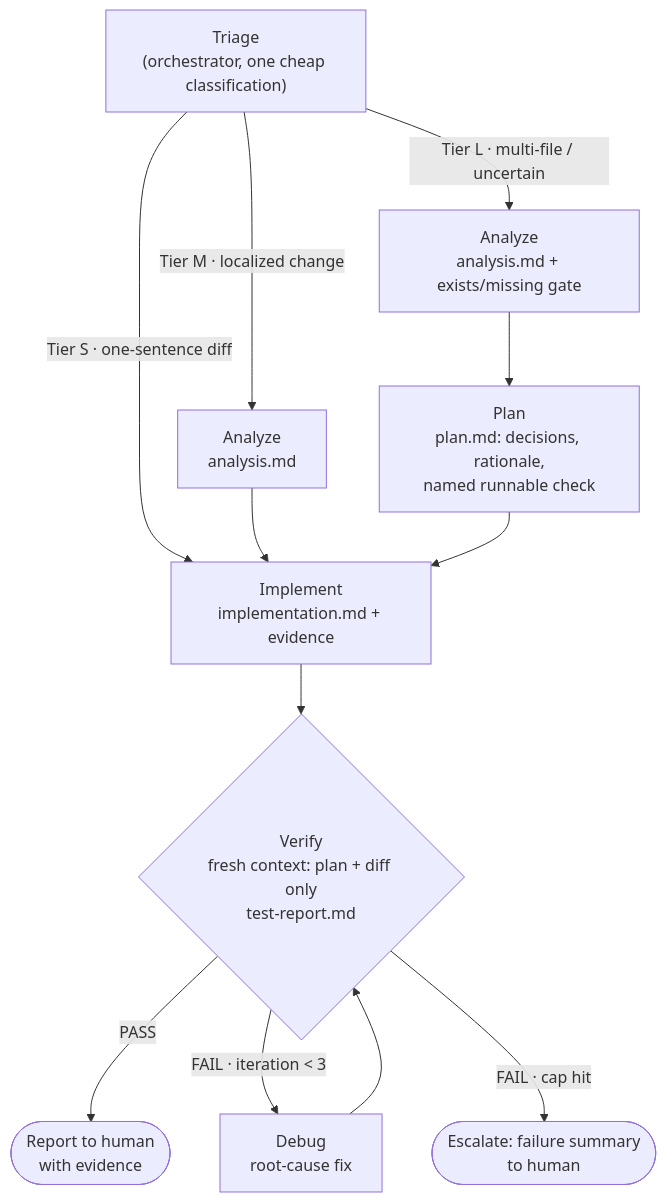
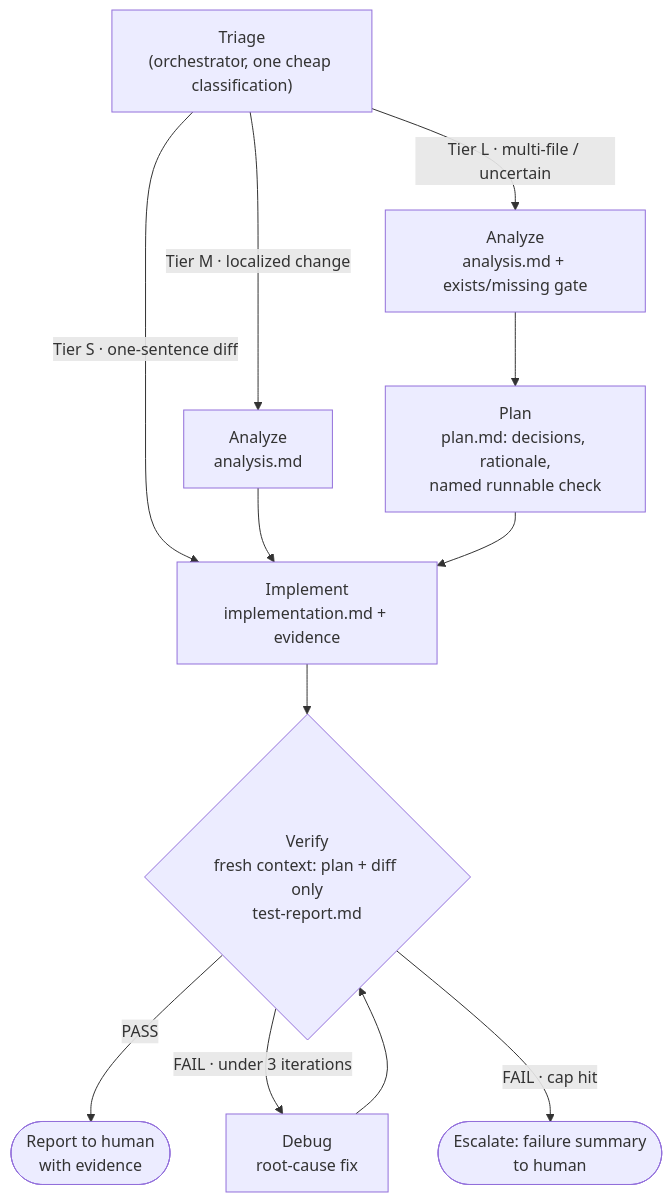
One commit to Madheshvivekanandan/agent-loop changed the diagram in README.md. Above: the diagram before and after it, drawn with Mermaid.

Commit message:
Avoid raw angle bracket in flowchart label
A bare < inside a Mermaid edge label can break rendering on GitHub.

````diff
--- a/README.md
+++ b/README.md
@@ -7,14 +7,14 @@
 ```mermaid
 flowchart TD
     T["Triage<br/>(orchestrator, one cheap classification)"] -->|"Tier S · one-sentence diff"| I
     T -->|"Tier M · localized change"| A
     T -->|"Tier L · multi-file / uncertain"| A2
     A["Analyze<br/>analysis.md"] --> I
     A2["Analyze<br/>analysis.md + exists/missing gate"] --> P["Plan<br/>plan.md: decisions, rationale,<br/>named runnable check"]
     P --> I["Implement<br/>implementation.md + evidence"]
     I --> V{"Verify<br/>fresh context: plan + diff only<br/>test-report.md"}
     V -->|PASS| DONE(["Report to human<br/>with evidence"])
-    V -->|"FAIL · iteration < 3"| D["Debug<br/>root-cause fix"]
+    V -->|"FAIL · under 3 iterations"| D["Debug<br/>root-cause fix"]
     D --> V
     V -->|"FAIL · cap hit"| ESC(["Escalate: failure summary<br/>to human"])
 ```
````
